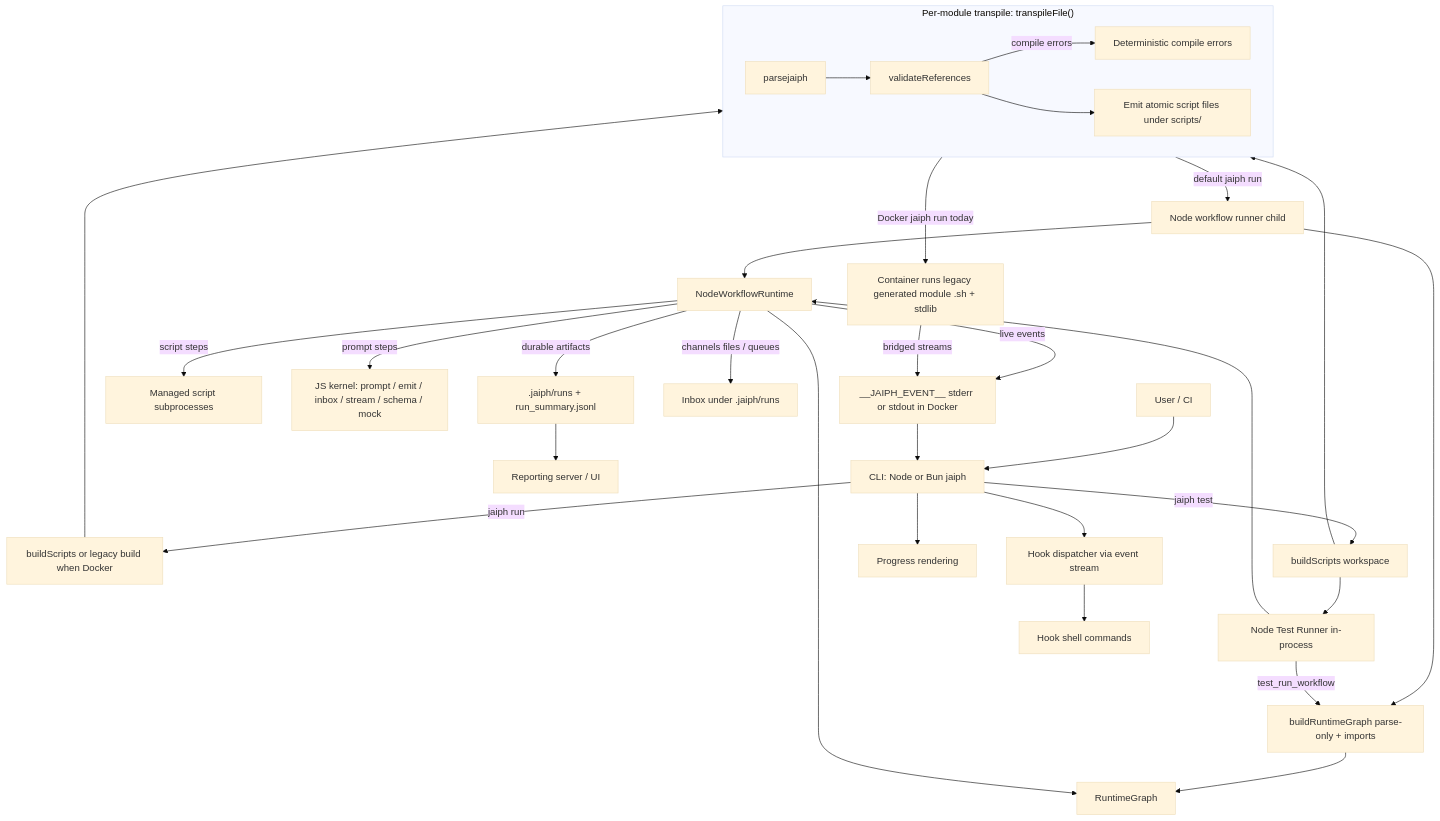
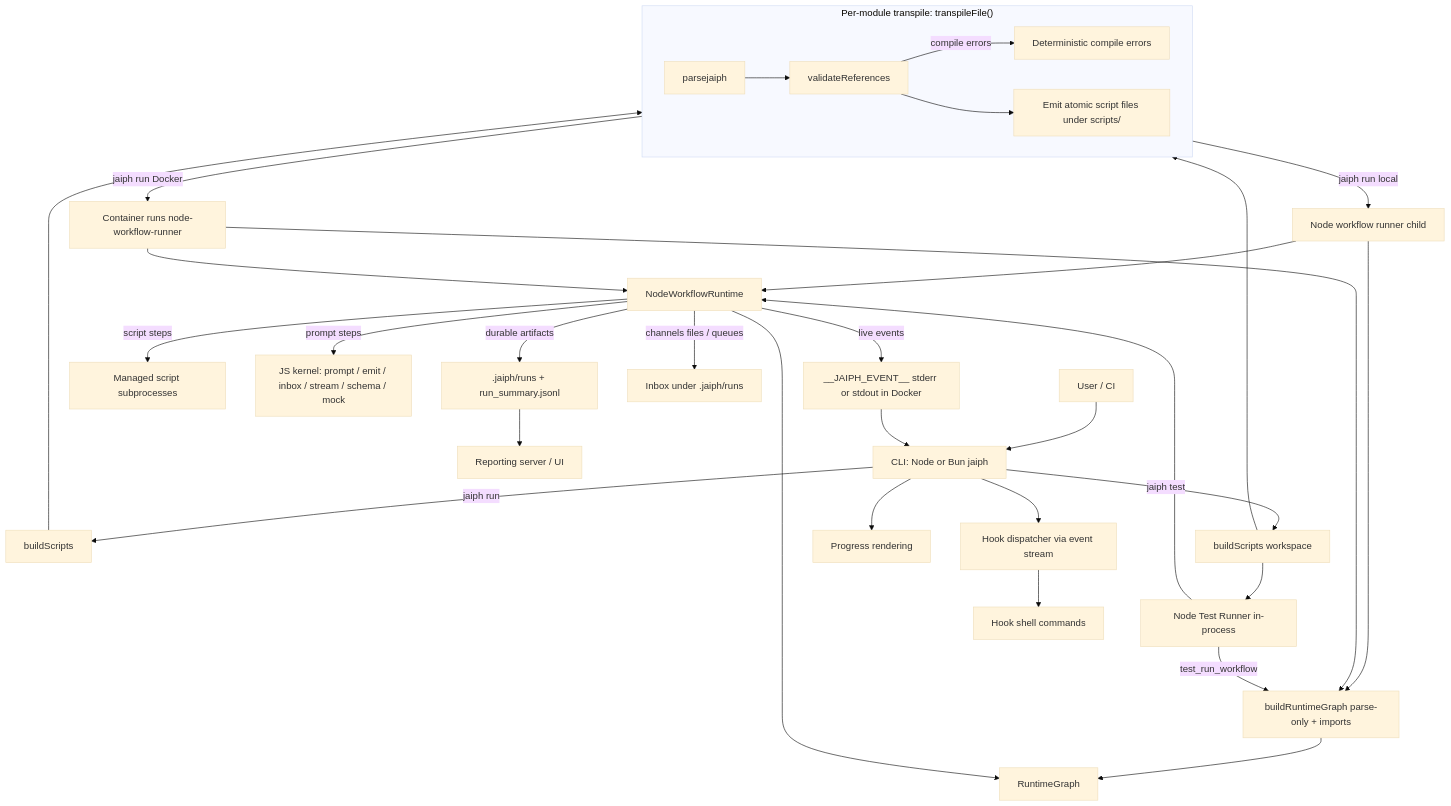
The first of 3 diagrams in ARCHITECTURE.md (jaiphlang/jaiph), drawn with Mermaid (base theme) before and after one commit. The commit also changed other lines of this file and 9 other files, not shown here.

First line of the commit message:
Port Docker execution to Node workflow runtime

````diff
--- a/ARCHITECTURE.md
+++ b/ARCHITECTURE.md
@@ -98,46 +98,48 @@
 ```mermaid
 flowchart TD
     U[User / CI] --> CLI[CLI: Node or Bun jaiph]
 
     subgraph Transpile["Per-module transpile: transpileFile()"]
         PARSE[parsejaiph]
         VAL[validateReferences]
         EMIT[Emit atomic script files under scripts/]
         PARSE --> VAL
         VAL -->|compile errors| ERR[Deterministic compile errors]
         VAL --> EMIT
     end
 
-    CLI -->|jaiph run| BS1[buildScripts or legacy build when Docker]
+    CLI -->|jaiph run| BS1[buildScripts]
     BS1 --> Transpile
 
     CLI -->|jaiph test| BS2[buildScripts workspace]
     BS2 --> Transpile
     BS2 --> TR[Node Test Runner in-process]
 
-    Transpile -->|default jaiph run| RW[Node workflow runner child]
-    Transpile -->|Docker jaiph run today| DC[Container runs legacy generated module .sh + stdlib]
+    Transpile -->|jaiph run local| RW[Node workflow runner child]
+    Transpile -->|jaiph run Docker| DC[Container runs node-workflow-runner]
 
     RW --> G[buildRuntimeGraph parse-only + imports]
     G --> GRAPH[RuntimeGraph]
     RW --> RT[NodeWorkflowRuntime]
     RT --> GRAPH
+
+    DC --> G
+    DC --> RT
 
     TR -->|test_run_workflow| G
     TR --> RT
 
     RT -->|script steps| SCRIPT[Managed script subprocesses]
     RT -->|prompt steps| KERNEL[JS kernel: prompt / emit / inbox / stream / schema / mock]
 
     RT -->|live events| EV["__JAIPH_EVENT__ stderr or stdout in Docker"]
-    DC -->|bridged streams| EV
     EV --> CLI
     CLI --> PR[Progress rendering]
 
     RT -->|channels files / queues| INBOX[Inbox under .jaiph/runs]
     RT -->|durable artifacts| SUM[.jaiph/runs + run_summary.jsonl]
     SUM --> REP[Reporting server / UI]
 
     CLI --> HK[Hook dispatcher via event stream]
     HK --> HPROC[Hook shell commands]
 ```
````
